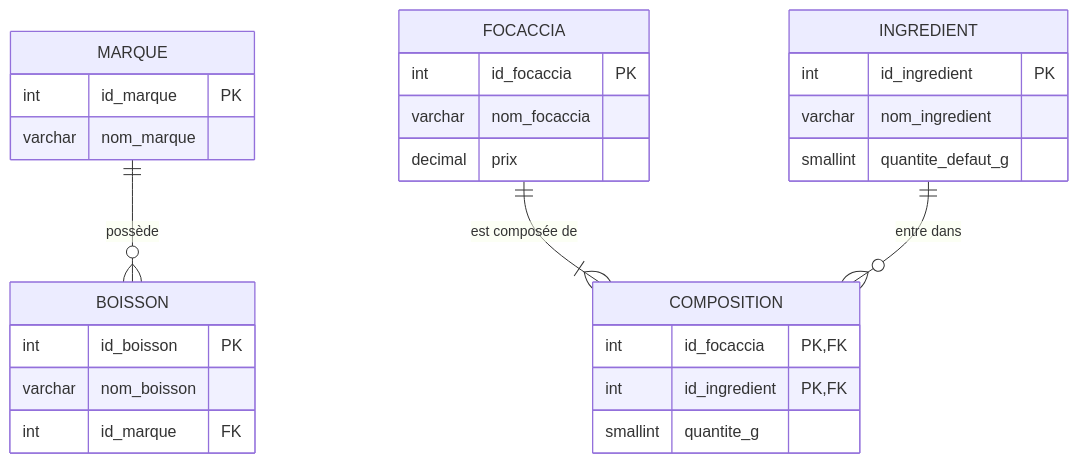
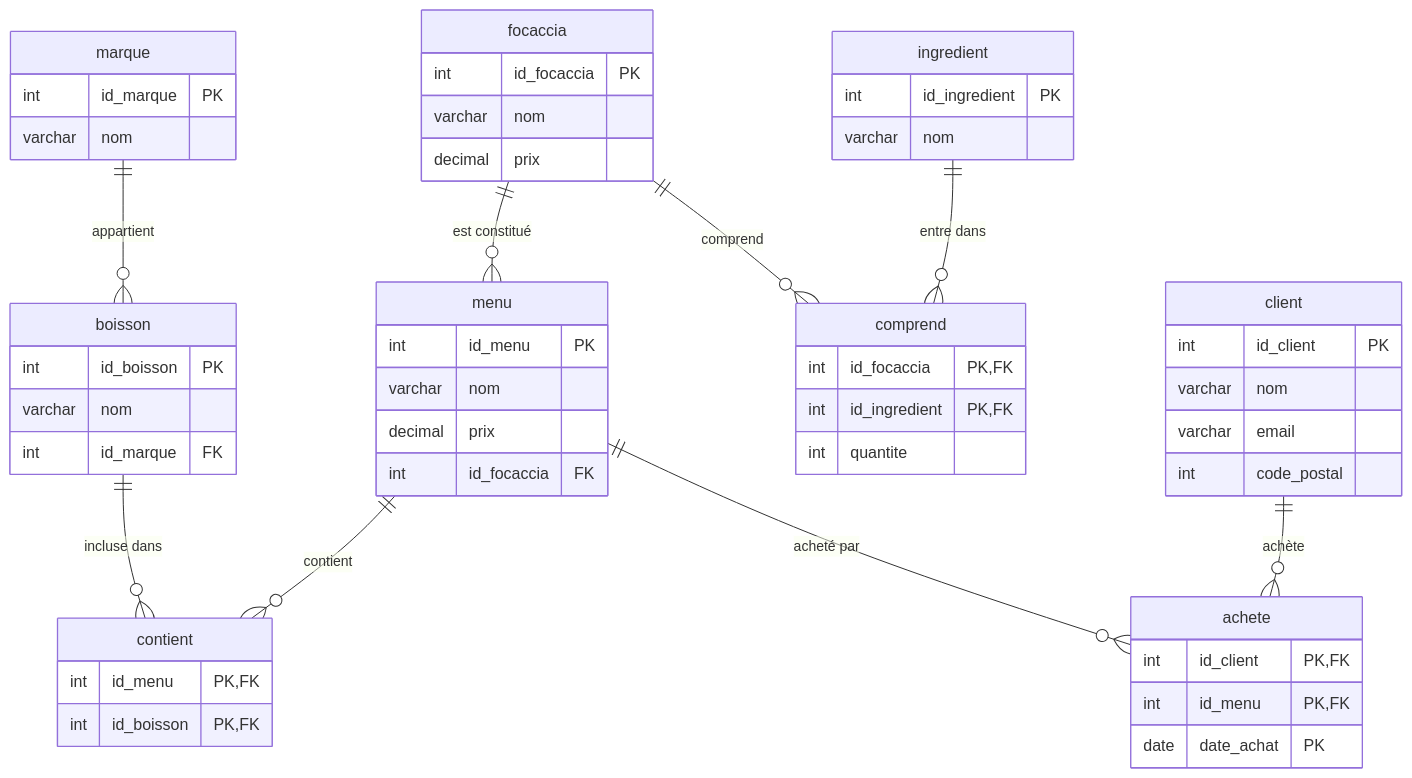
Before and after one commit to ZacR13-dev/tifosi-db: the diagram in docs/mcd-mld.md, drawn with Mermaid. The commit also changed other lines of this file and 4 other files, not shown here.

````diff
--- a/docs/mcd-mld.md
+++ b/docs/mcd-mld.md
@@ -38,31 +68,38 @@
 ```mermaid
 erDiagram
-    MARQUE ||--o{ BOISSON : "possède"
-    FOCACCIA ||--|{ COMPOSITION : "est composée de"
-    INGREDIENT ||--o{ COMPOSITION : "entre dans"
+    marque    ||--o{ boisson  : "appartient"
+    focaccia  ||--o{ menu     : "est constitué"
+    focaccia  ||--o{ comprend : "comprend"
+    ingredient||--o{ comprend : "entre dans"
+    menu      ||--o{ contient : "contient"
+    boisson   ||--o{ contient : "incluse dans"
+    client    ||--o{ achete   : "achète"
+    menu      ||--o{ achete   : "acheté par"
 
-    MARQUE {
-        int id_marque PK
-        varchar nom_marque
-    }
-    BOISSON {
-        int id_boisson PK
-        varchar nom_boisson
-        int id_marque FK
-    }
-    INGREDIENT {
-        int id_ingredient PK
-        varchar nom_ingredient
-        smallint quantite_defaut_g
-    }
-    FOCACCIA {
-        int id_focaccia PK
-        varchar nom_focaccia
-        decimal prix
-    }
-    COMPOSITION {
-        int id_focaccia PK,FK
-        int id_ingredient PK,FK
-        smallint quantite_g
-    }
+    client     { int id_client PK
+                 varchar nom
+                 varchar email
+                 int code_postal }
+    marque     { int id_marque PK
+                 varchar nom }
+    ingredient { int id_ingredient PK
+                 varchar nom }
+    focaccia   { int id_focaccia PK
+                 varchar nom
+                 decimal prix }
+    boisson    { int id_boisson PK
+                 varchar nom
+                 int id_marque FK }
+    menu       { int id_menu PK
+                 varchar nom
+                 decimal prix
+                 int id_focaccia FK }
+    comprend   { int id_focaccia PK,FK
+                 int id_ingredient PK,FK
+                 int quantite }
+    contient   { int id_menu PK,FK
+                 int id_boisson PK,FK }
+    achete     { int id_client PK,FK
+                 int id_menu PK,FK
+                 date date_achat PK }
 ```
````
